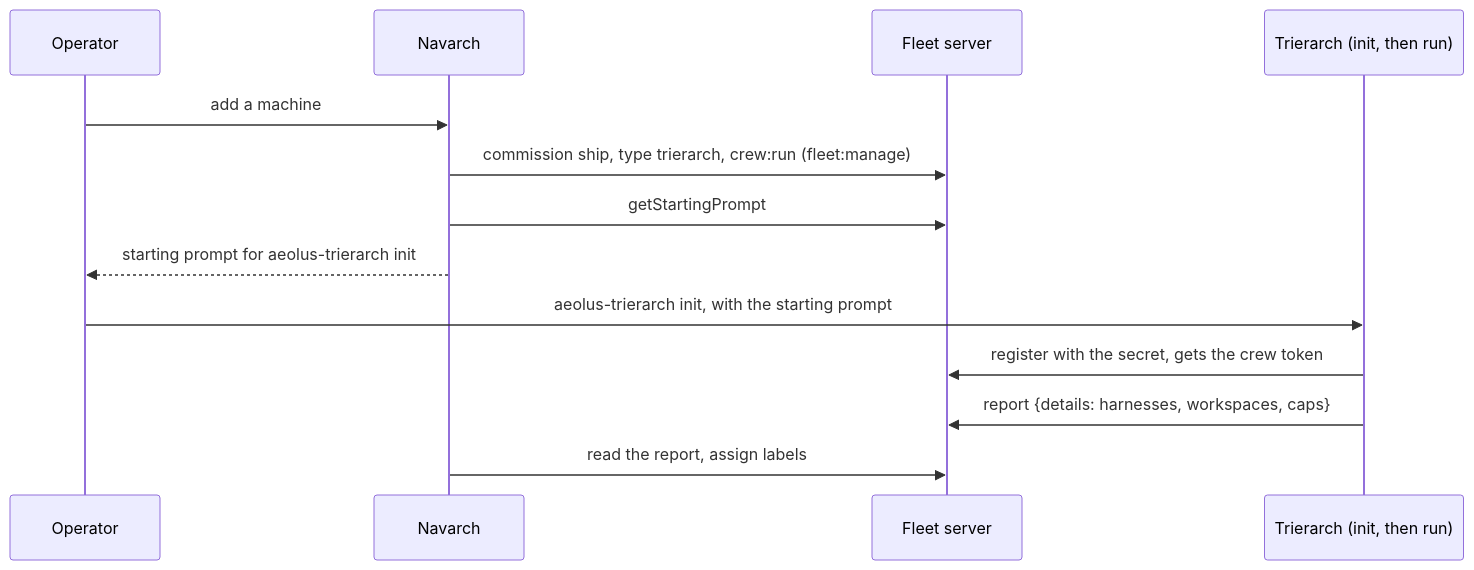
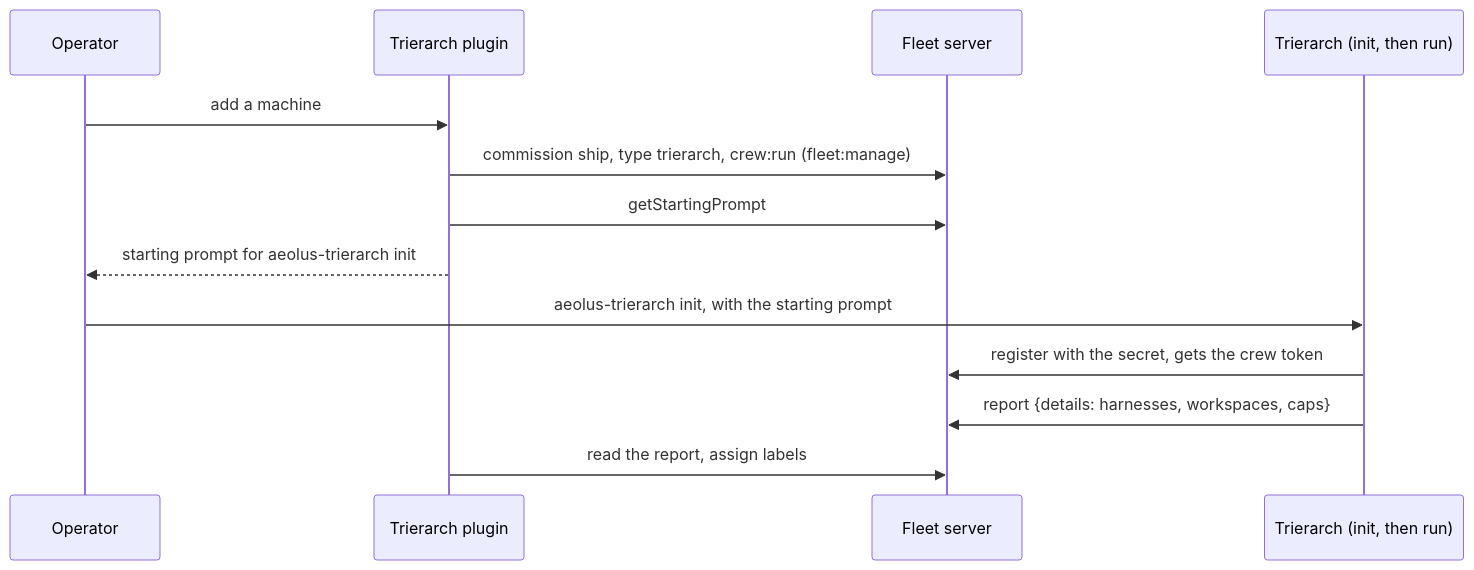
One commit to ThomasHendrickx/aeolus-fleet changed the second of 6 diagrams in docs/architecture.md. Above: the diagram before and after it, drawn with Mermaid. The commit also changed other lines of this file and 8 other files, not shown here.

First line of the commit message:
docs(trierarch): the trierarch plugin is @aeolus-fleet/trierarch-plugin

````diff
--- a/docs/architecture.md
+++ b/docs/architecture.md
@@ -240,15 +240,15 @@
 ```mermaid
 sequenceDiagram
   participant O as Operator
-  participant P as Navarch
+  participant P as Trierarch plugin
   participant F as Fleet server
   participant T as Trierarch (init, then run)
   O->>P: add a machine
   P->>F: commission ship, type trierarch, crew:run (fleet:manage)
   P->>F: getStartingPrompt
   P-->>O: starting prompt for aeolus-trierarch init
   O->>T: aeolus-trierarch init, with the starting prompt
   T->>F: register with the secret, gets the crew token
   T->>F: report {details: harnesses, workspaces, caps}
   P->>F: read the report, assign labels
 ```
````
